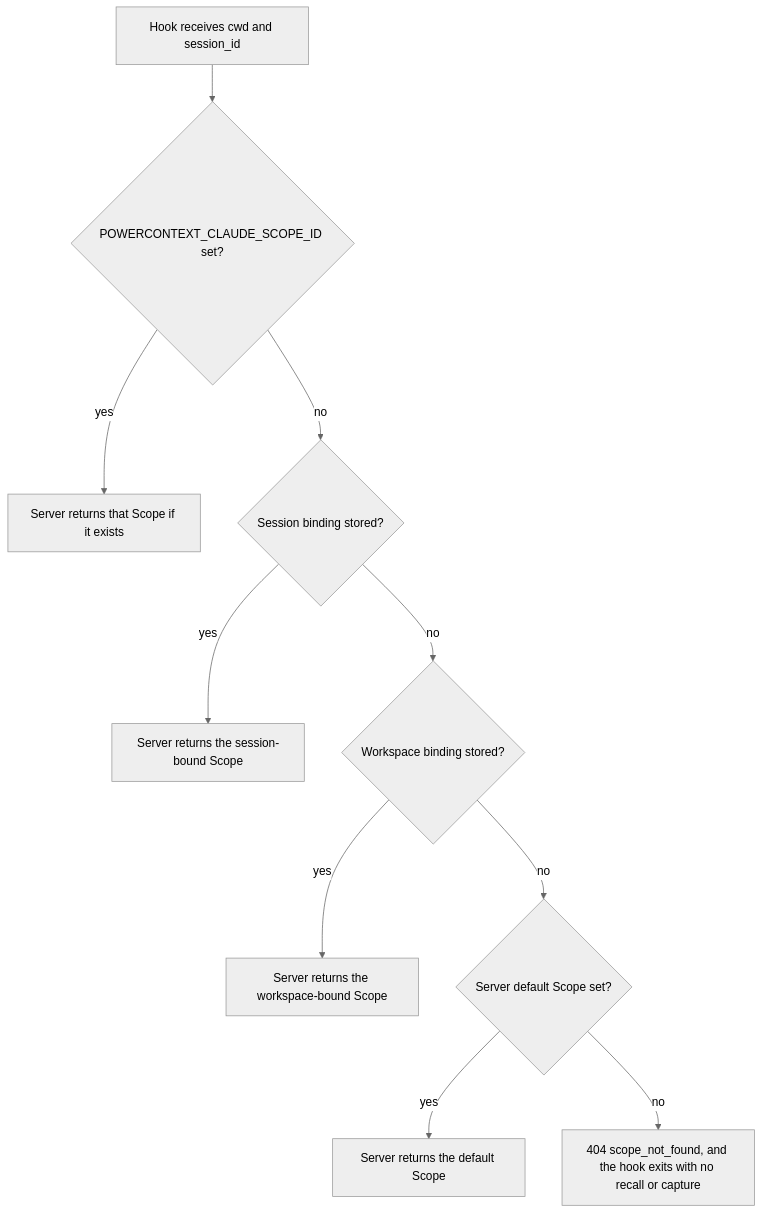
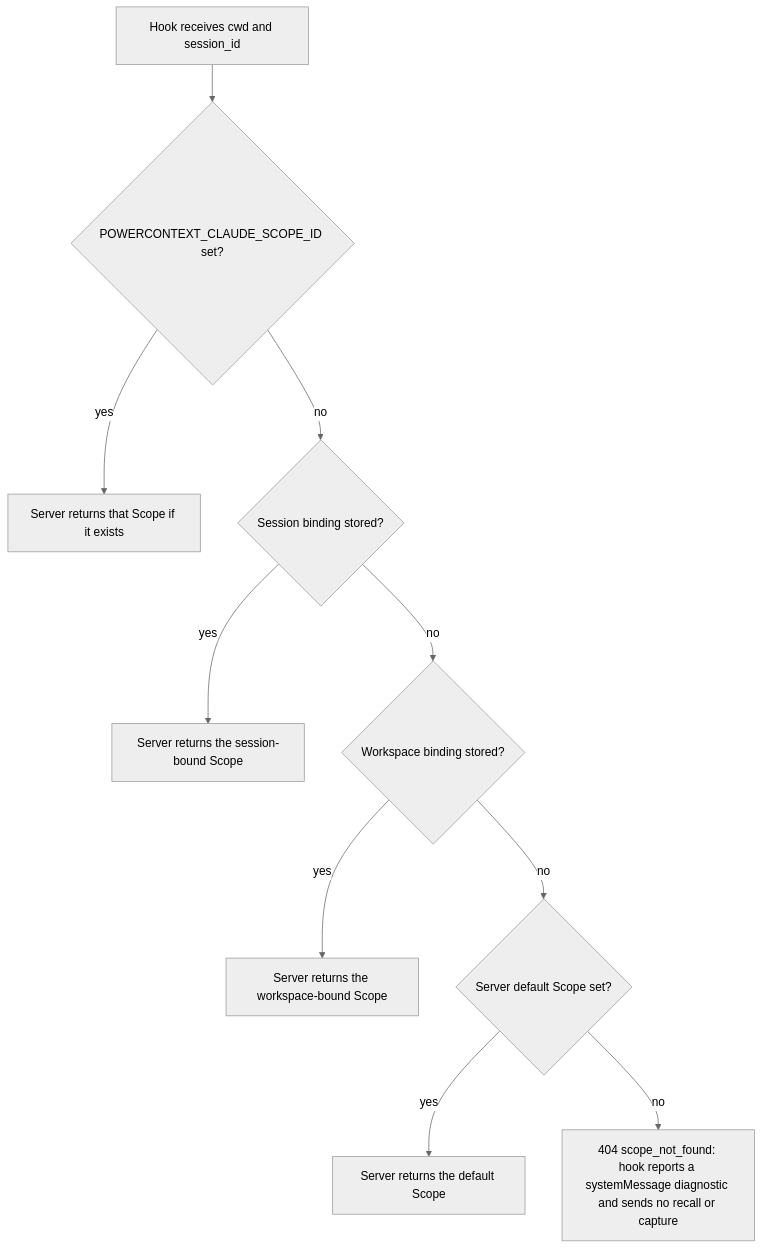
Before and after one commit to vieGPT/powercontext-enigma-agent-memory: the first of 2 diagrams in openwiki/integrations/claude-code-plugin.md, drawn with Mermaid (neutral theme). The commit also changed other lines of this file and 69 other files, not shown here.

````diff
--- a/openwiki/integrations/claude-code-plugin.md
+++ b/openwiki/integrations/claude-code-plugin.md
@@ -106,12 +117,12 @@
 ```mermaid
 flowchart TD
     A["Hook receives cwd and session_id"] --> B{"POWERCONTEXT_CLAUDE_SCOPE_ID set?"}
     B -- yes --> C["Server returns that Scope if it exists"]
     B -- no --> D{"Session binding stored?"}
     D -- yes --> E["Server returns the session-bound Scope"]
     D -- no --> F{"Workspace binding stored?"}
     F -- yes --> G["Server returns the workspace-bound Scope"]
     F -- no --> H{"Server default Scope set?"}
     H -- yes --> I["Server returns the default Scope"]
-    H -- no --> J["404 scope_not_found, and the hook exits with no recall or capture"]
+    H -- no --> J["404 scope_not_found: hook reports a systemMessage diagnostic and sends no recall or capture"]
 ```
````
